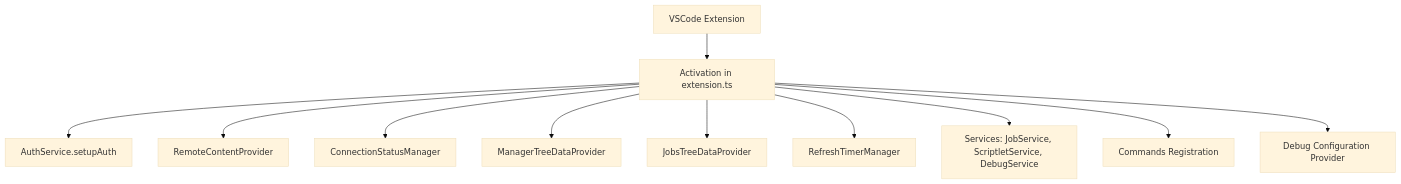
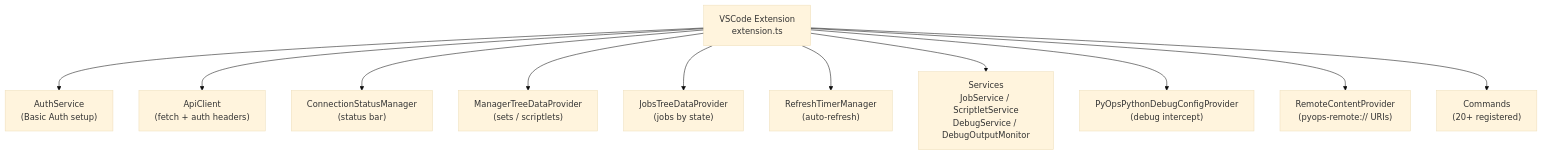
Before and after one commit to pyops-project/pyops: the first of 2 diagrams in doc/insights_vsix.md, drawn with Mermaid (base theme). The commit also changed other lines of this file and 6 other files, not shown here.

Commit message:
- implemented http status codes for service responses - refactored insights

````diff
--- a/doc/insights_vsix.md
+++ b/doc/insights_vsix.md
@@ -9,13 +9,13 @@
 ```mermaid
-graph TD
-    A[VSCode Extension] --> B[Activation in extension.ts]
-    B --> C[AuthService.setupAuth]
-    B --> D[RemoteContentProvider]
-    B --> E[ConnectionStatusManager]
-    B --> F[ManagerTreeDataProvider]
-    B --> G[JobsTreeDataProvider]
-    B --> H[RefreshTimerManager]
-    B --> I[Services: JobService, ScriptletService, DebugService]
-    B --> J[Commands Registration]
-    B --> K[Debug Configuration Provider]
+flowchart TD
+    A["VSCode Extension\nextension.ts"] --> B["AuthService\n(Basic Auth setup)"]
+    A --> C["ApiClient\n(fetch + auth headers)"]
+    A --> D["ConnectionStatusManager\n(status bar)"]
+    A --> E["ManagerTreeDataProvider\n(sets / scriptlets)"]
+    A --> F["JobsTreeDataProvider\n(jobs by state)"]
+    A --> G["RefreshTimerManager\n(auto-refresh)"]
+    A --> H["Services\nJobService / ScriptletService\nDebugService / DebugOutputMonitor"]
+    A --> I["PyOpsPythonDebugConfigProvider\n(debug intercept)"]
+    A --> J["RemoteContentProvider\n(pyops-remote:// URIs)"]
+    A --> K["Commands\n(20+ registered)"]
 ```
````
